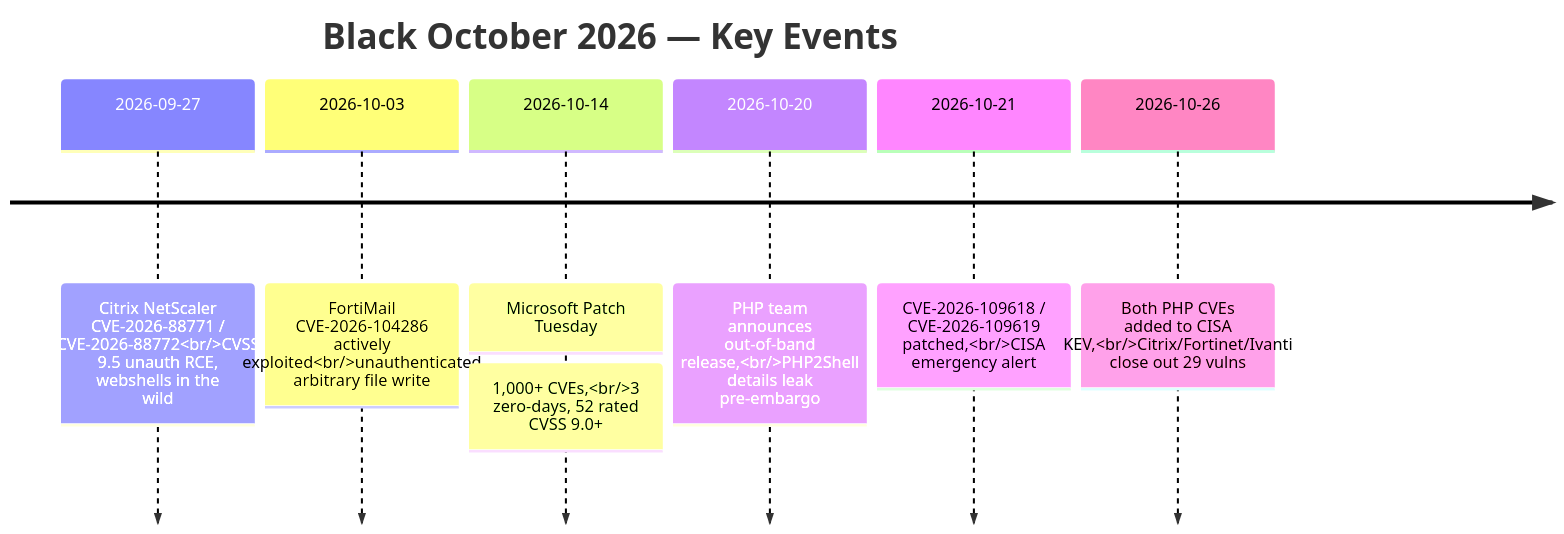
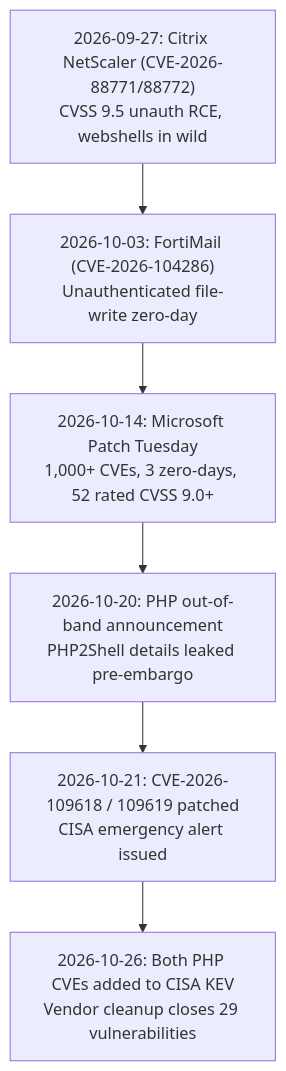
One commit to vesviet/vesviet changed the first of 2 diagrams in content/posts/black-october-2026-ai-accelerated-vulnerabilities.md. Above: the diagram before and after it, drawn with Mermaid. The commit also changed other lines of this file and 50 other files, not shown here.

````diff
--- a/content/posts/black-october-2026-ai-accelerated-vulnerabilities.md
+++ b/content/posts/black-october-2026-ai-accelerated-vulnerabilities.md
@@ -45,10 +45,8 @@
 ```mermaid
-timeline
-    title Black October 2026 — Key Events
-    2026-09-27 : Citrix NetScaler CVE-2026-88771 / CVE-2026-88772<br/>CVSS 9.5 unauth RCE, webshells in the wild
-    2026-10-03 : FortiMail CVE-2026-104286 actively exploited<br/>unauthenticated arbitrary file write
-    2026-10-14 : Microsoft Patch Tuesday: 1,000+ CVEs,<br/>3 zero-days, 52 rated CVSS 9.0+
-    2026-10-20 : PHP team announces out-of-band release,<br/>PHP2Shell details leak pre-embargo
-    2026-10-21 : CVE-2026-109618 / CVE-2026-109619 patched,<br/>CISA emergency alert
-    2026-10-26 : Both PHP CVEs added to CISA KEV,<br/>Citrix/Fortinet/Ivanti close out 29 vulns
+flowchart TD
+    E1["2026-09-27: Citrix NetScaler (CVE-2026-88771/88772)<br/>CVSS 9.5 unauth RCE, webshells in wild"] --> E2["2026-10-03: FortiMail (CVE-2026-104286)<br/>Unauthenticated file-write zero-day"]
+    E2 --> E3["2026-10-14: Microsoft Patch Tuesday<br/>1,000+ CVEs, 3 zero-days, 52 rated CVSS 9.0+"]
+    E3 --> E4["2026-10-20: PHP out-of-band announcement<br/>PHP2Shell details leaked pre-embargo"]
+    E4 --> E5["2026-10-21: CVE-2026-109618 / 109619 patched<br/>CISA emergency alert issued"]
+    E5 --> E6["2026-10-26: Both PHP CVEs added to CISA KEV<br/>Vendor cleanup closes 29 vulnerabilities"]
 ```
````
